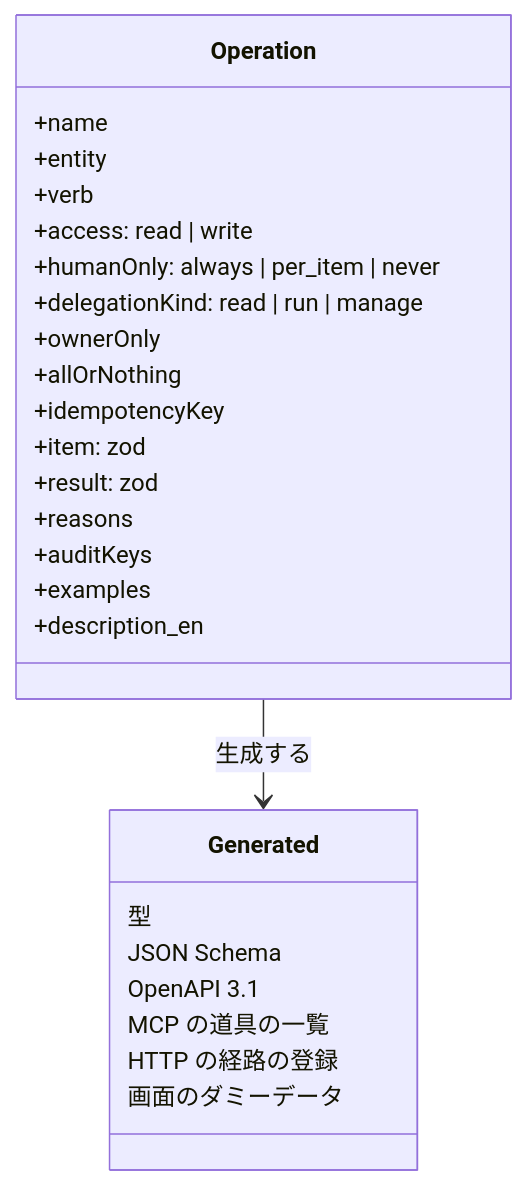
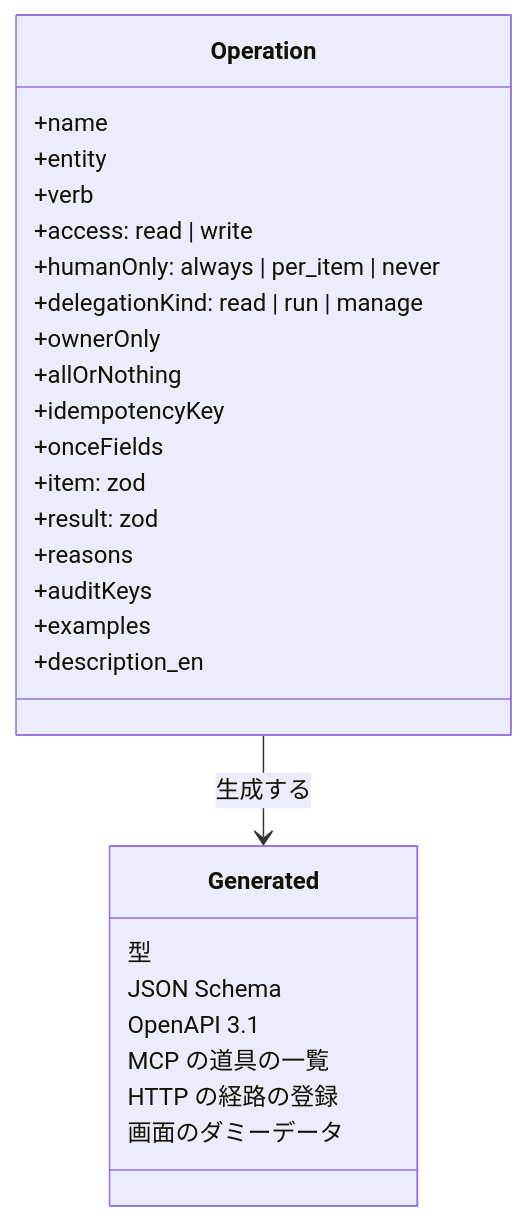
The third of 3 diagrams in docs/design/api.md (devbasex/nd-factory), drawn with Mermaid before and after one commit. The commit also changed other lines of this file and 1 other file, not shown here.

````diff
--- a/docs/design/api.md
+++ b/docs/design/api.md
@@ -535,29 +537,30 @@
 ```mermaid
 classDiagram
     class Operation {
         +name
         +entity
         +verb
         +access: read | write
         +humanOnly: always | per_item | never
         +delegationKind: read | run | manage
         +ownerOnly
         +allOrNothing
         +idempotencyKey
+        +onceFields
         +item: zod
         +result: zod
         +reasons
         +auditKeys
         +examples
         +description_en
     }
     class Generated {
         型
         JSON Schema
         OpenAPI 3.1
         MCP の道具の一覧
         HTTP の経路の登録
         画面のダミーデータ
     }
     Operation --> Generated : 生成する
 ```
````
